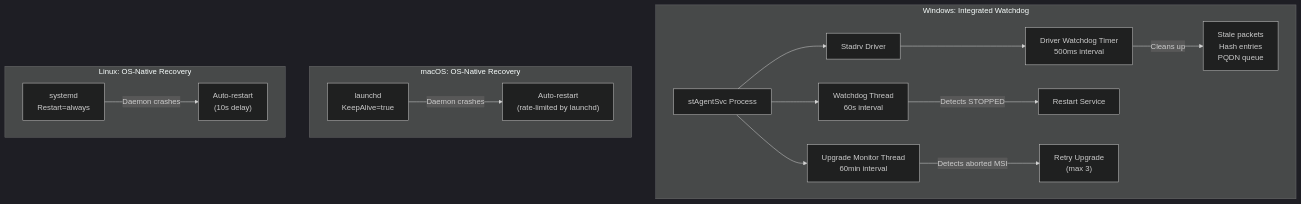
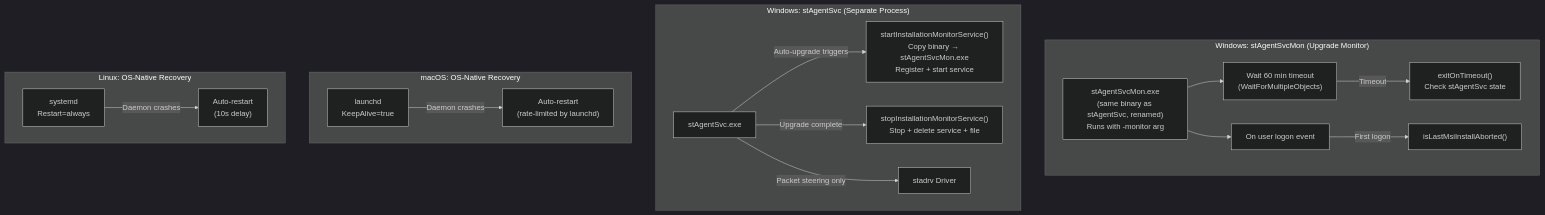
One commit to ns-klin/endpoint_system_test_plan changed the first of 3 diagrams in chapters/21_watchdog.md. Above: the diagram before and after it, drawn with Mermaid (dark theme). The commit also changed other lines of this file, not shown here.

First line of the commit message:
Rewrite ch21 Watchdog based on author review and source code verification

````diff
--- a/chapters/21_watchdog.md
+++ b/chapters/21_watchdog.md
@@ -29,24 +32,28 @@
 ```mermaid
 flowchart TD
-    subgraph WINDOWS["Windows: Integrated Watchdog"]
-        SVC["stAgentSvc Process"]
-        SVC --> WD_T["Watchdog Thread<br/>60s interval"]
-        SVC --> UPG_T["Upgrade Monitor Thread<br/>60min interval"]
-        SVC --> DRV["Stadrv Driver"]
-        DRV --> DRV_WD["Driver Watchdog Timer<br/>500ms interval"]
+    subgraph WINDOWS["Windows: stAgentSvcMon (Upgrade Monitor)"]
+        MON["stAgentSvcMon.exe<br/>(same binary as stAgentSvc, renamed)<br/>Runs with -monitor arg"]
+        MON --> WAIT["Wait 60 min timeout<br/>(WaitForMultipleObjects)"]
+        MON --> LOGON["On user logon event"]
 
-        WD_T -->|Detects STOPPED| RESTART["Restart Service"]
-        UPG_T -->|Detects aborted MSI| RETRY["Retry Upgrade<br/>(max 3)"]
-        DRV_WD -->|Cleans up| CLEANUP["Stale packets<br/>Hash entries<br/>PQDN queue"]
+        WAIT -->|Timeout| CHECK["exitOnTimeout()<br/>Check stAgentSvc state"]
+        LOGON -->|First logon| ABORTED_CHK["isLastMsiInstallAborted()"]
+    end
+
+    subgraph AGENT["Windows: stAgentSvc (Separate Process)"]
+        SVC["stAgentSvc.exe"]
+        SVC -->|Auto-upgrade triggers| CREATE["startInstallationMonitorService()<br/>Copy binary → stAgentSvcMon.exe<br/>Register + start service"]
+        SVC -->|Upgrade complete| STOP_MON["stopInstallationMonitorService()<br/>Stop + delete service + file"]
+        SVC -->|Packet steering only| DRV["stadrv Driver"]
     end
 
     subgraph MACOS["macOS: OS-Native Recovery"]
         LAUNCHD["launchd<br/>KeepAlive=true"]
         LAUNCHD -->|Daemon crashes| MAC_RESTART["Auto-restart<br/>(rate-limited by launchd)"]
     end
 
     subgraph LINUX["Linux: OS-Native Recovery"]
         SYSTEMD["systemd<br/>Restart=always"]
         SYSTEMD -->|Daemon crashes| LIN_RESTART["Auto-restart<br/>(10s delay)"]
     end
 ```
````
